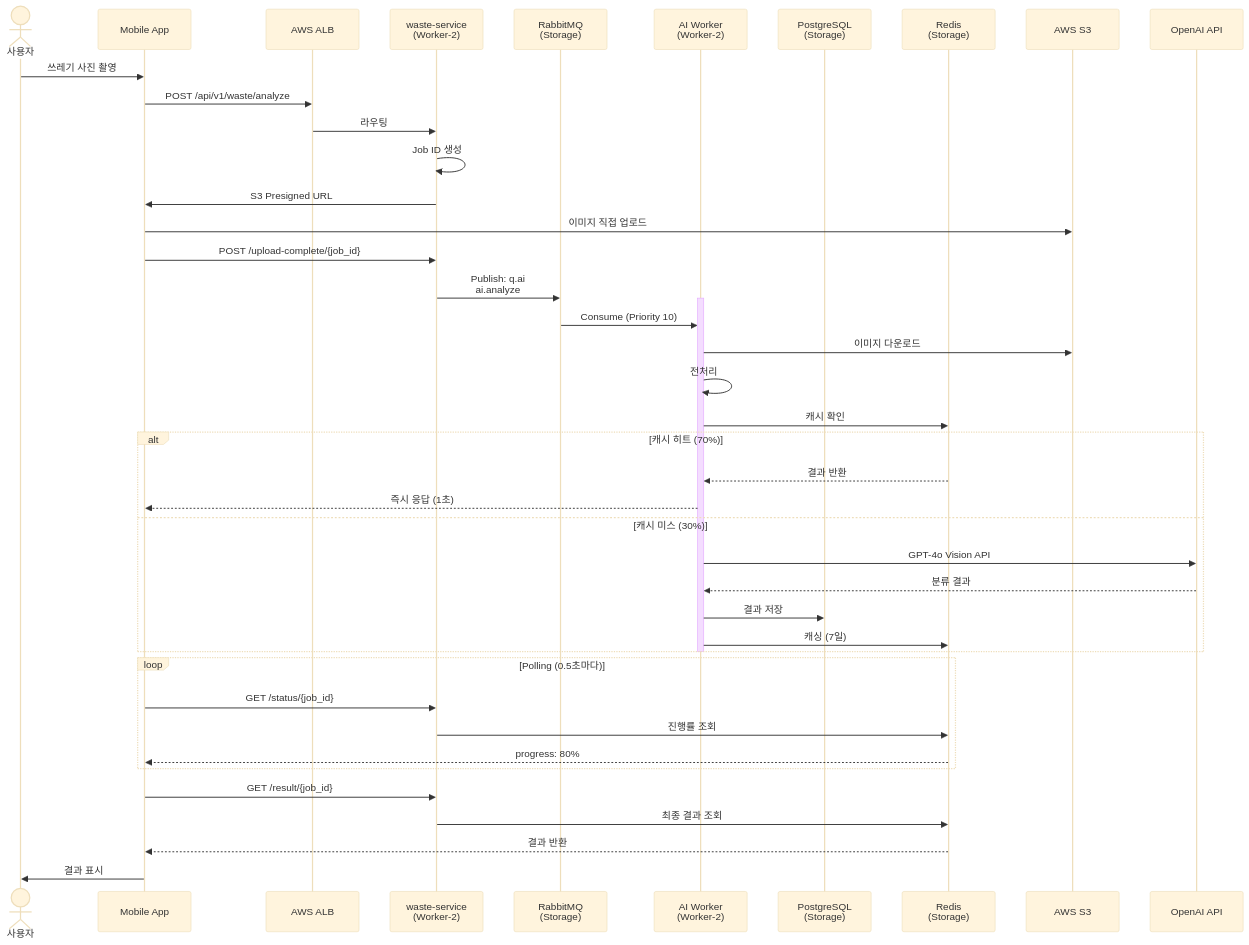
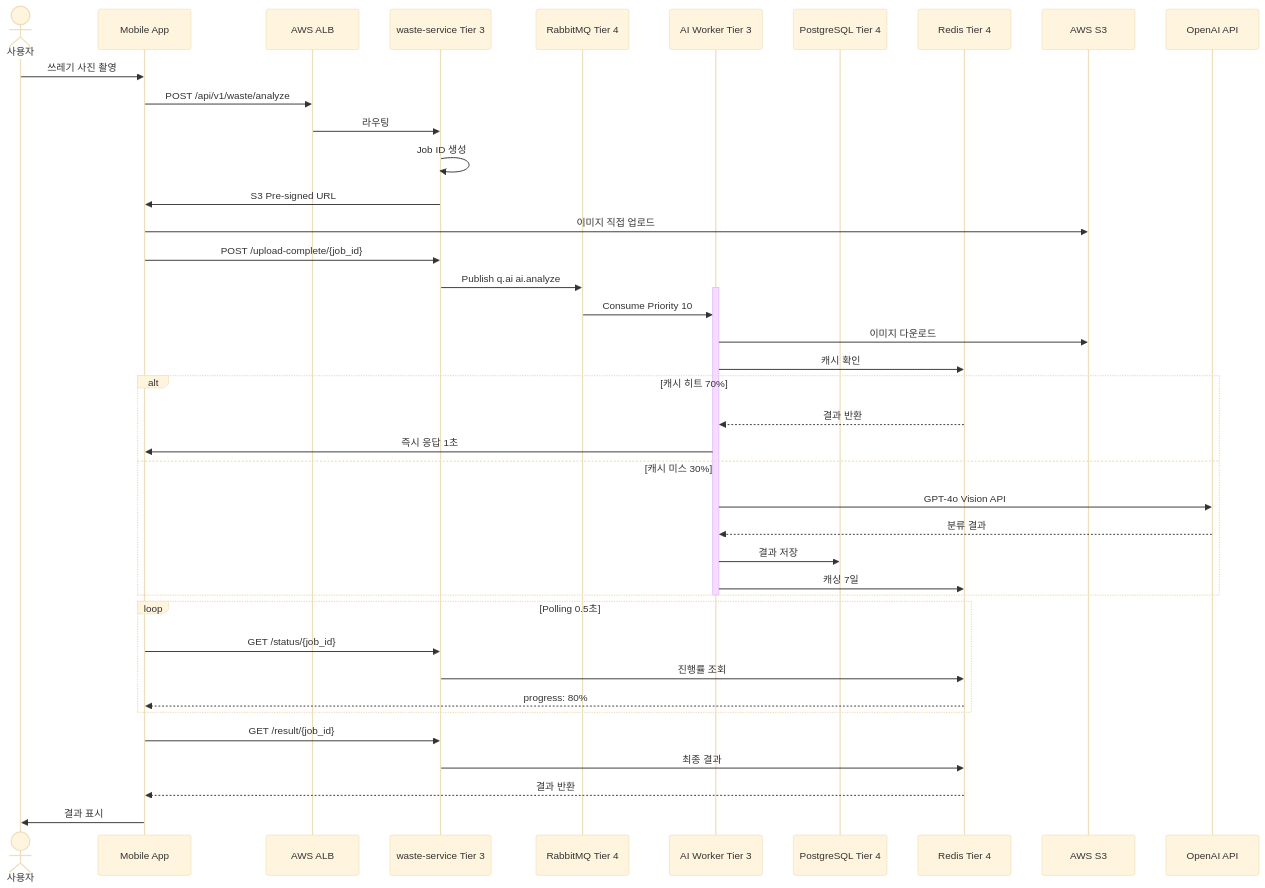
The eighth of 9 diagrams in docs/architecture/final-k8s-architecture.md (SeSACTHON/backend), drawn with Mermaid (base theme) before and after one commit. The commit also changed other lines of this file and 1 other file, not shown here.

First line of the commit message:
docs: Complete rewrite of task-queue and final-k8s-architecture for 4-Tier

````diff
--- a/docs/architecture/final-k8s-architecture.md
+++ b/docs/architecture/final-k8s-architecture.md
@@ -391,53 +486,52 @@
 ```mermaid
 sequenceDiagram
     actor User as 사용자
     participant App as Mobile App
     participant ALB as AWS ALB
-    participant Waste as waste-service<br/>(Worker-2)
-    participant RMQ as RabbitMQ<br/>(Storage)
-    participant AIW as AI Worker<br/>(Worker-2)
-    participant DB as PostgreSQL<br/>(Storage)
-    participant Redis as Redis<br/>(Storage)
+    participant Waste as waste-service Tier 3
+    participant RMQ as RabbitMQ Tier 4
+    participant AIW as AI Worker Tier 3
+    participant DB as PostgreSQL Tier 4
+    participant Redis as Redis Tier 4
     participant S3 as AWS S3
     participant OpenAI as OpenAI API
     
     User->>App: 쓰레기 사진 촬영
     App->>ALB: POST /api/v1/waste/analyze
     ALB->>Waste: 라우팅
     
     Waste->>Waste: Job ID 생성
-    Waste->>App: S3 Presigned URL
+    Waste->>App: S3 Pre-signed URL
     App->>S3: 이미지 직접 업로드
     
     App->>Waste: POST /upload-complete/{job_id}
-    Waste->>RMQ: Publish: q.ai<br/>ai.analyze
+    Waste->>RMQ: Publish q.ai ai.analyze
     
     activate AIW
-    RMQ->>AIW: Consume (Priority 10)
+    RMQ->>AIW: Consume Priority 10
     AIW->>S3: 이미지 다운로드
-    AIW->>AIW: 전처리
     AIW->>Redis: 캐시 확인
     
-    alt 캐시 히트 (70%)
+    alt 캐시 히트 70%
         Redis-->>AIW: 결과 반환
-        AIW-->>App: 즉시 응답 (1초)
-    else 캐시 미스 (30%)
+        AIW->>App: 즉시 응답 1초
+    else 캐시 미스 30%
         AIW->>OpenAI: GPT-4o Vision API
         OpenAI-->>AIW: 분류 결과
         AIW->>DB: 결과 저장
-        AIW->>Redis: 캐싱 (7일)
+        AIW->>Redis: 캐싱 7일
     end
     deactivate AIW
     
-    loop Polling (0.5초마다)
+    loop Polling 0.5초
         App->>Waste: GET /status/{job_id}
         Waste->>Redis: 진행률 조회
         Redis-->>App: progress: 80%
     end
     
     App->>Waste: GET /result/{job_id}
-    Waste->>Redis: 최종 결과 조회
+    Waste->>Redis: 최종 결과
     Redis-->>App: 결과 반환
     
     App->>User: 결과 표시
 ```
````
